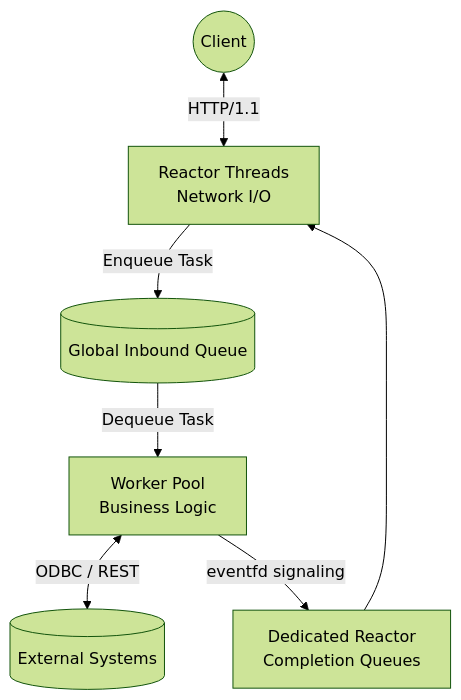
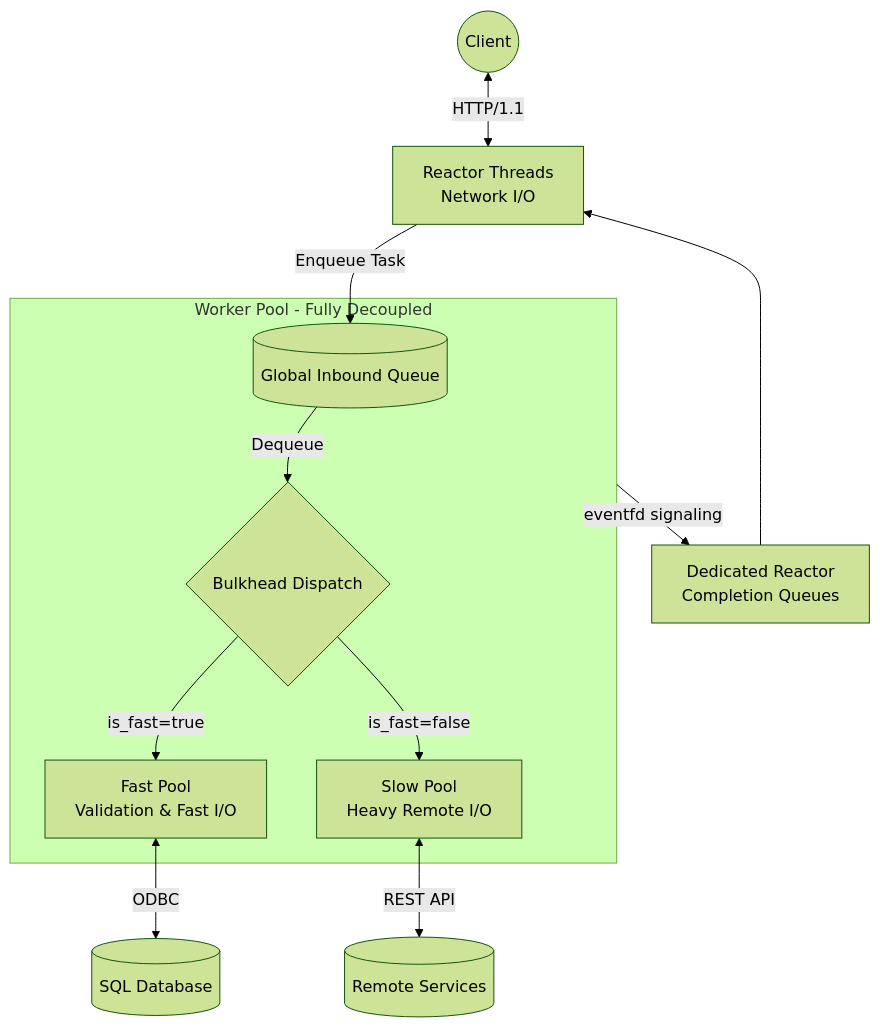
Before and after one commit to cppservergit/evhttp-apiserver: the first of 2 diagrams in README.md, drawn with Mermaid (forest theme).

Commit message:
Update architecture diagram to reflect decoupled Fast/Slow bulkheads

````diff
--- a/README.md
+++ b/README.md
@@ -5,9 +5,17 @@
 ```mermaid
 flowchart TD
     Client((Client)) <-->|HTTP/1.1| RT[Reactor Threads\nNetwork I/O]
     RT -->|Enqueue Task| GQ[(Global Inbound Queue)]
-    GQ -->|Dequeue Task| WT[Worker Pool\nBusiness Logic]
-    WT <-->|ODBC / REST| DB[(External Systems)]
-    WT -->|eventfd signaling| CQ[Dedicated Reactor\nCompletion Queues]
+    
+    subgraph WP [Worker Pool - Fully Decoupled]
+        GQ -->|Dequeue| Dispatch{Bulkhead Dispatch}
+        Dispatch -->|is_fast=true| FastPool[Fast Pool\nValidation & Fast I/O]
+        Dispatch -->|is_fast=false| SlowPool[Slow Pool\nHeavy Remote I/O]
+    end
+    
+    FastPool <-->|ODBC| DB[(SQL Database)]
+    SlowPool <-->|REST API| Ext[(Remote Services)]
+    
+    WP -->|eventfd signaling| CQ[Dedicated Reactor\nCompletion Queues]
     CQ --> RT
 ```
````
